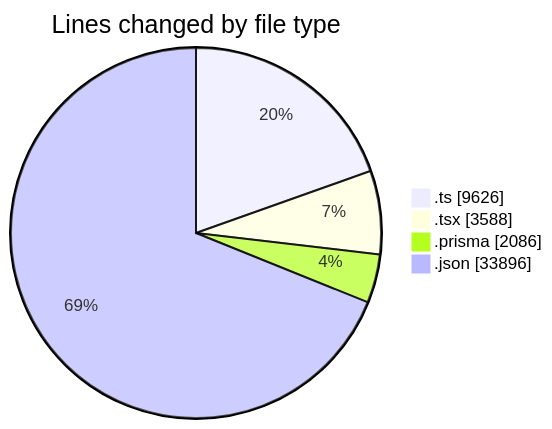
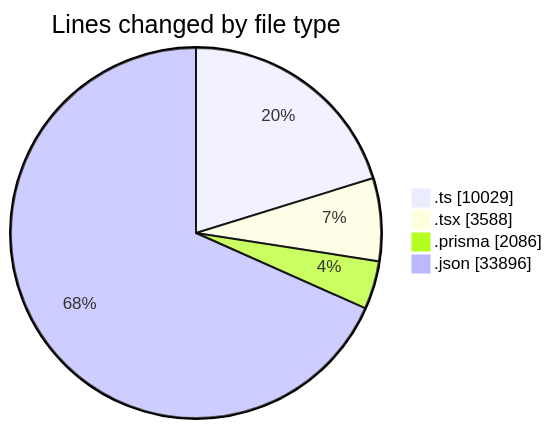
One commit to CELIANVF/code-tracking changed the first of 2 diagrams in 2025-05-19/ecodeli-1/README.md. Above: the diagram before and after it, drawn with Mermaid. The commit also changed other lines of this file and 1 other file, not shown here.

````diff
--- a/2025-05-19/ecodeli-1/README.md
+++ b/2025-05-19/ecodeli-1/README.md
@@ -59,8 +61,8 @@
 ```mermaid
 pie showData
 title Lines changed by file type
-".ts" : 9626
+".ts" : 10029
 ".tsx" : 3588
 ".prisma" : 2086
 ".json" : 33896
 ```
````
